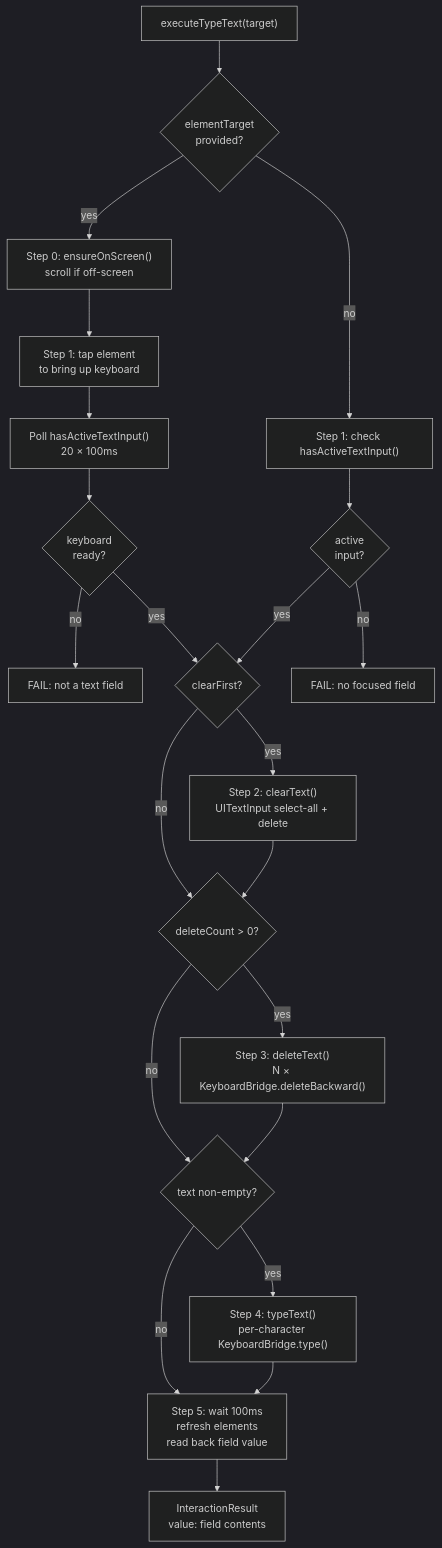
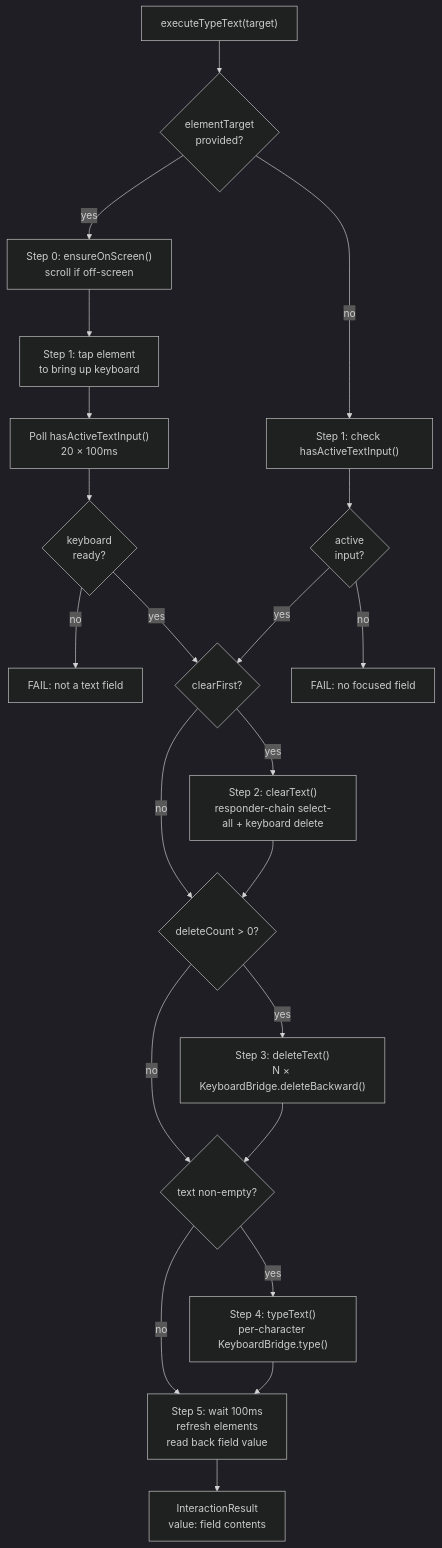
The diagram in docs/dossiers/14c-TEXT-ENTRY.md (RoyalPineapple/TheButtonHeist), drawn with Mermaid (dark theme) before and after one commit. The commit also changed other lines of this file and 6 other files, not shown here.

Commit message:
Require active text input for typing

````diff
--- a/docs/dossiers/14c-TEXT-ENTRY.md
+++ b/docs/dossiers/14c-TEXT-ENTRY.md
@@ -12,33 +14,33 @@
 ```mermaid
 flowchart TD
     Start["executeTypeText(target)"]
     Start --> S0{elementTarget<br/>provided?}
     S0 -->|yes| EnsureVisible["Step 0: ensureOnScreen()<br/>scroll if off-screen"]
     S0 -->|no| CheckFocus
 
     EnsureVisible --> Tap["Step 1: tap element<br/>to bring up keyboard"]
     Tap --> Poll["Poll hasActiveTextInput()<br/>20 × 100ms"]
     Poll --> Ready{keyboard<br/>ready?}
     Ready -->|no| Fail1["FAIL: not a text field"]
     Ready -->|yes| CheckClear
 
     CheckFocus["Step 1: check hasActiveTextInput()"]
     CheckFocus --> HasInput{active<br/>input?}
     HasInput -->|no| Fail2["FAIL: no focused field"]
     HasInput -->|yes| CheckClear
 
     CheckClear{clearFirst?}
-    CheckClear -->|yes| Clear["Step 2: clearText()<br/>UITextInput select-all + delete"]
+    CheckClear -->|yes| Clear["Step 2: clearText()<br/>responder-chain select-all + keyboard delete"]
     CheckClear -->|no| CheckDelete
 
     Clear --> CheckDelete{deleteCount > 0?}
     CheckDelete -->|yes| Delete["Step 3: deleteText()<br/>N × KeyboardBridge.deleteBackward()"]
     CheckDelete -->|no| CheckType
 
     Delete --> CheckType{text non-empty?}
     CheckType -->|yes| Type["Step 4: typeText()<br/>per-character KeyboardBridge.type()"]
     CheckType -->|no| Readback
 
     Type --> Readback["Step 5: wait 100ms<br/>refresh elements<br/>read back field value"]
     Readback --> Result["InteractionResult<br/>value: field contents"]
 ```
````
